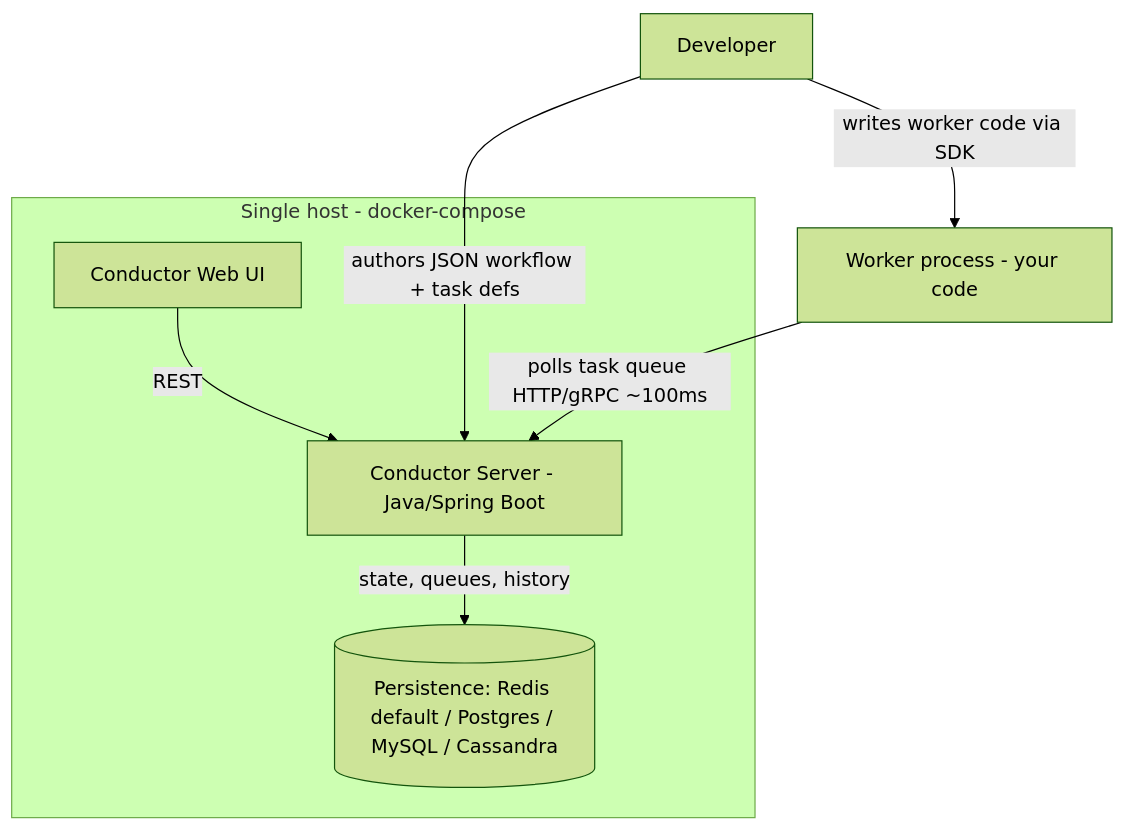
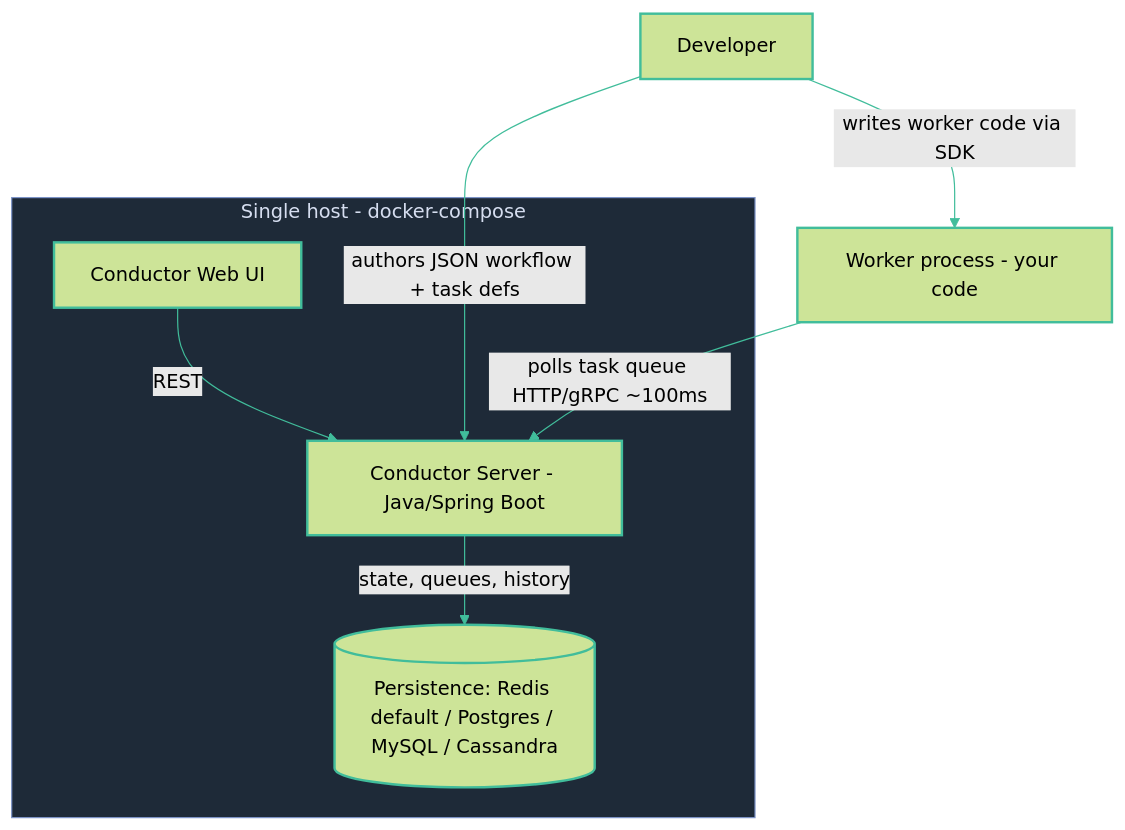
Before and after one commit to diagrid-labs/durable-execution-battle: the diagram in slides/01-dx/06-local-conductor.md, drawn with Mermaid (forest theme). The commit also changed 51 other files, not shown here.

````diff
--- a/slides/01-dx/06-local-conductor.md
+++ b/slides/01-dx/06-local-conductor.md
@@ -10,13 +10,16 @@
 ```mermaid
 graph TD
   Dev[Developer] -->|authors JSON workflow + task defs| Server
   Dev -->|writes worker code via SDK| Worker[Worker process - your code]
   Worker -->|polls task queue HTTP/gRPC ~100ms| Server[Conductor Server - Java/Spring Boot]
   Server -->|state, queues, history| DB[(Persistence: Redis default / Postgres / MySQL / Cassandra)]
   UI[Conductor Web UI] -->|REST| Server
   subgraph LocalDockerCompose[Single host - docker-compose]
     Server
     DB
     UI
   end
+  classDef default stroke:#41bd9b,stroke-width:2px
+  linkStyle default stroke:#41bd9b,stroke-width:1px
+  style LocalDockerCompose fill:#1e2a38,stroke:#7c93c7,stroke-width:1px,color:#d6def0
 ```
````
